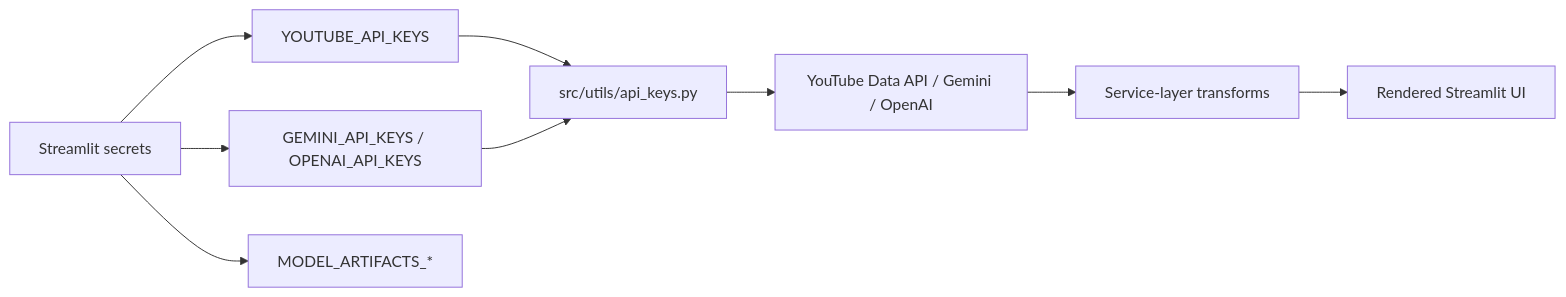
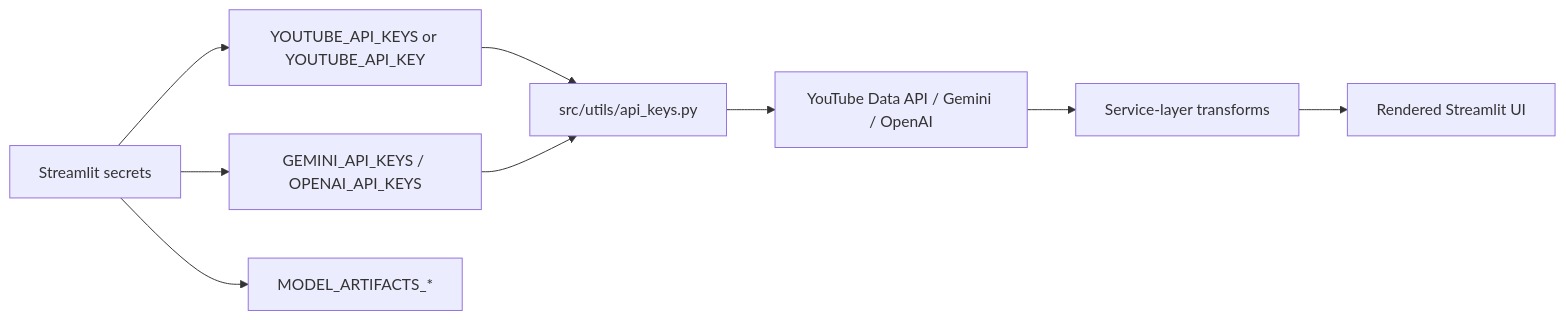
One commit to AsherJ07/purdue-youtube-ip-new changed the third of 5 diagrams in docs/DEPLOYMENT_AND_VERSIONS.md. Above: the diagram before and after it, drawn with Mermaid. The commit also changed other lines of this file and 3 other files, not shown here.

````diff
--- a/docs/DEPLOYMENT_AND_VERSIONS.md
+++ b/docs/DEPLOYMENT_AND_VERSIONS.md
@@ -39,12 +98,12 @@
 ```mermaid
 flowchart LR
-    A["Streamlit secrets"] --> B["YOUTUBE_API_KEYS"]
+    A["Streamlit secrets"] --> B["YOUTUBE_API_KEYS or YOUTUBE_API_KEY"]
     A --> C["GEMINI_API_KEYS / OPENAI_API_KEYS"]
     A --> D["MODEL_ARTIFACTS_*"]
 
     B --> E["src/utils/api_keys.py"]
     C --> E
     E --> F["YouTube Data API / Gemini / OpenAI"]
     F --> G["Service-layer transforms"]
     G --> H["Rendered Streamlit UI"]
 ```
````
